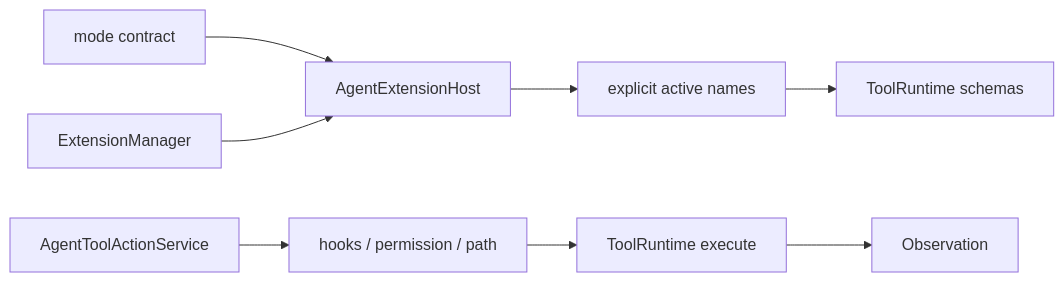
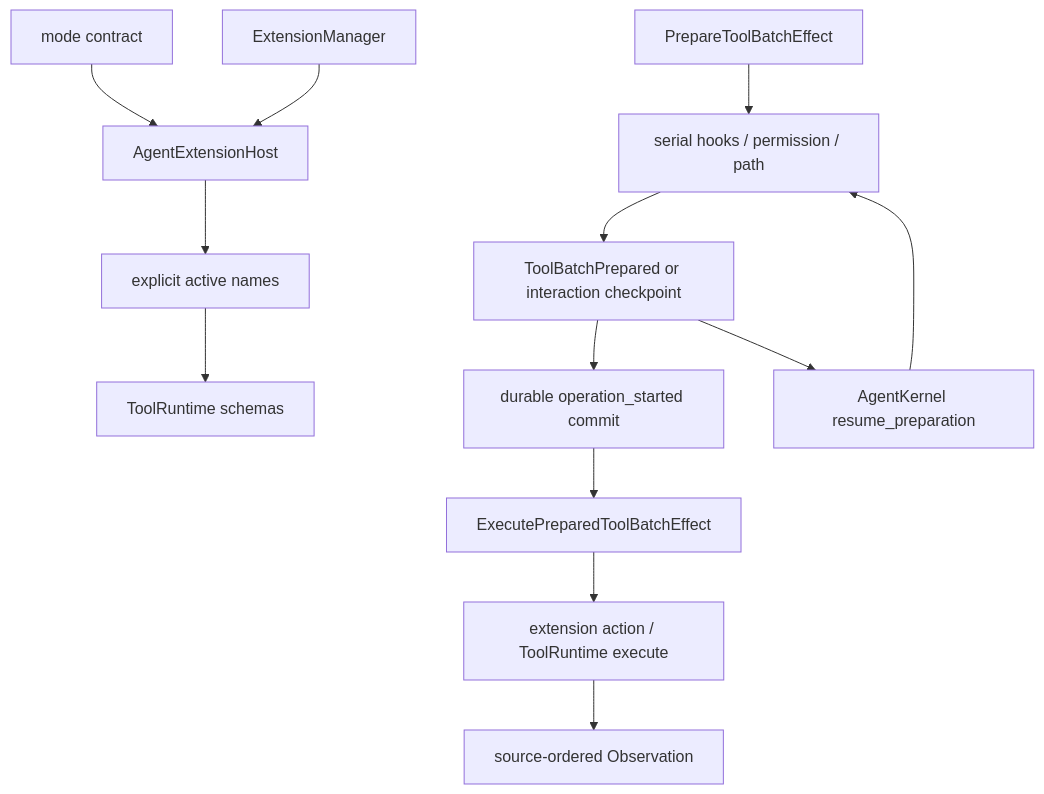
Before and after one commit to czh869452912/ccode-win7: the diagram in docs/platform/tools-and-extensions.md, drawn with Mermaid. The commit also changed other lines of this file and 16 other files, not shown here.

````diff
--- a/docs/platform/tools-and-extensions.md
+++ b/docs/platform/tools-and-extensions.md
@@ -64,10 +65,15 @@
 ```mermaid
-flowchart LR
+flowchart TD
     A["mode contract"] --> B["AgentExtensionHost"]
     C["ExtensionManager"] --> B
     B --> D["explicit active names"]
     D --> E["ToolRuntime schemas"]
-    F["AgentToolActionService"] --> G["hooks / permission / path"]
-    G --> H["ToolRuntime execute"]
-    H --> I["Observation"]
+    F["PrepareToolBatchEffect"] --> G["serial hooks / permission / path"]
+    G --> H["ToolBatchPrepared or interaction checkpoint"]
+    H --> I["durable operation_started commit"]
+    I --> J["ExecutePreparedToolBatchEffect"]
+    J --> K["extension action / ToolRuntime execute"]
+    K --> L["source-ordered Observation"]
+    H --> M["AgentKernel resume_preparation"]
+    M --> G
 ```
````
